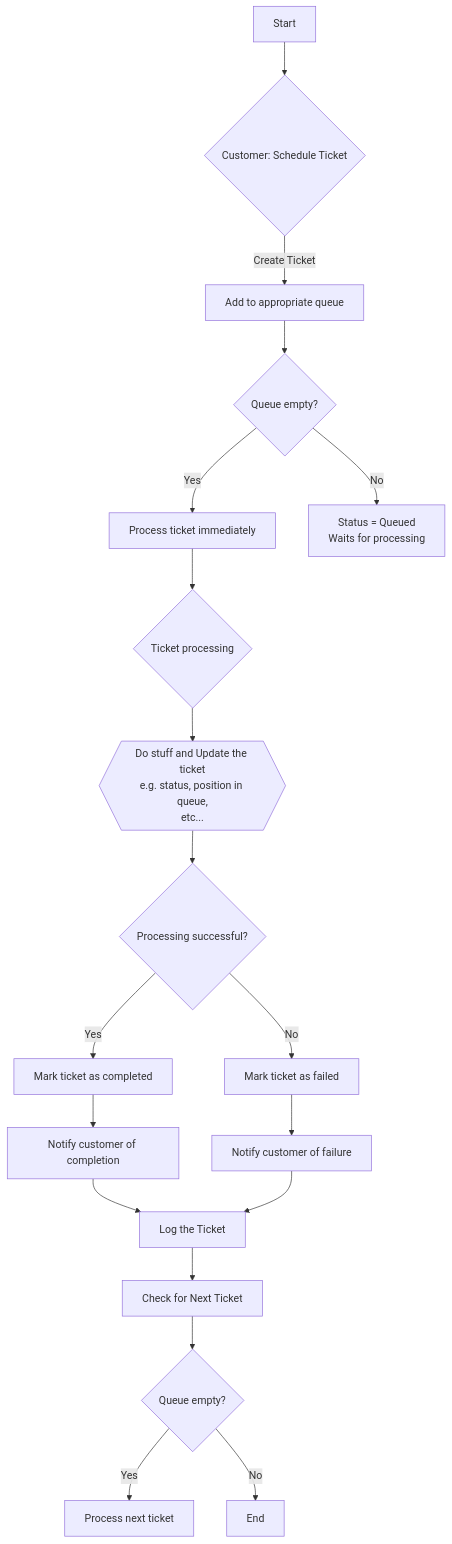
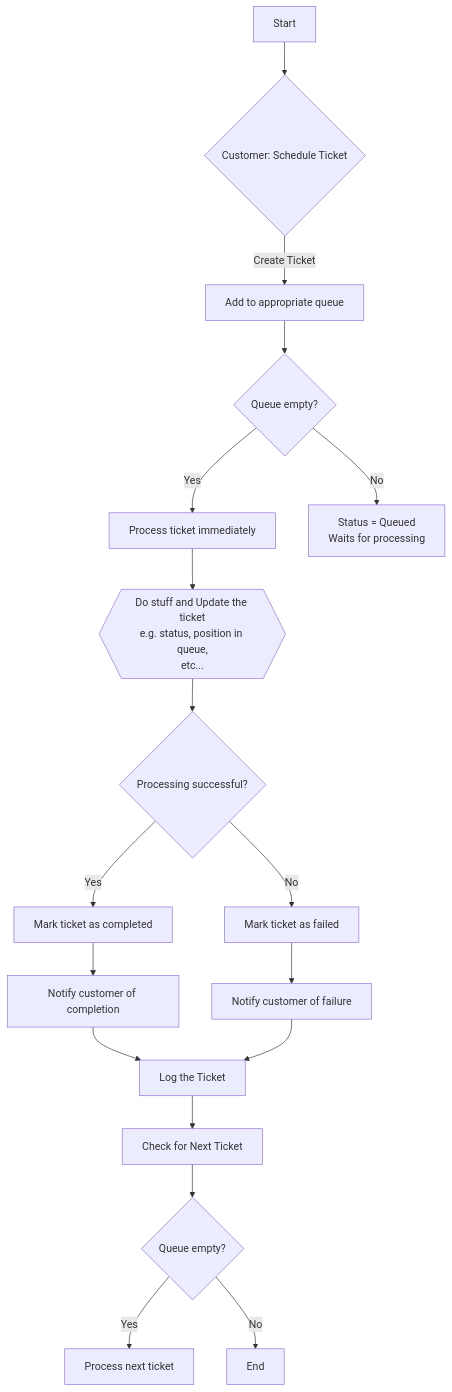
Before and after one commit to VexiDev/Puppeteer: the third of 6 diagrams in SHEETS.md, drawn with Mermaid. The commit also changed other lines of this file, not shown here.

````diff
--- a/SHEETS.md
+++ b/SHEETS.md
@@ -98,36 +97,35 @@
 ```mermaid
 %% the behavior logic
 
 graph TB
     A[Start] --> B{Customer: Schedule Ticket}
     B --> |Create Ticket| C[Add to appropriate queue]
     C --> D{Queue empty?}
     D --> |Yes| E[Process ticket immediately]
     D --> |No| F[Status = Queued\nWaits for processing]
     
-    E --> K{Ticket processing}
-    K --> G{{Do stuff and Update the ticket\ne.g. status, position in queue,\netc...}}
+    E --> G{{Do stuff and Update the ticket\ne.g. status, position in queue,\netc...}}
     G --> L{Processing successful?}
     L --> |Yes| M[Mark ticket as completed]
     L --> |No| N[Mark ticket as failed]
     
     M --> O[Notify customer of completion]
     N --> P[Notify customer of failure]
 
     Y[Log the Ticket]
     O --> Y
     P --> Y
 
     Z[Check for Next Ticket]
     Y --> Z
     Z --> ZA
     
     ZA{Queue empty?}
     ZB[Process next ticket]
     ZC[End]
 
     ZA -->|Yes| ZB
     ZA --> |No| ZC
 
 
 ```
````
